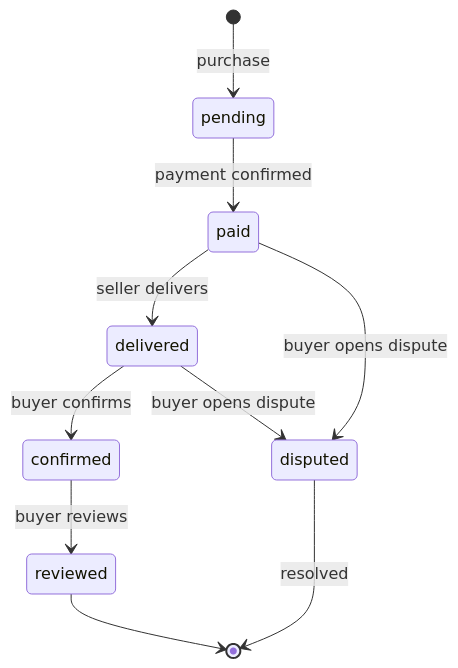
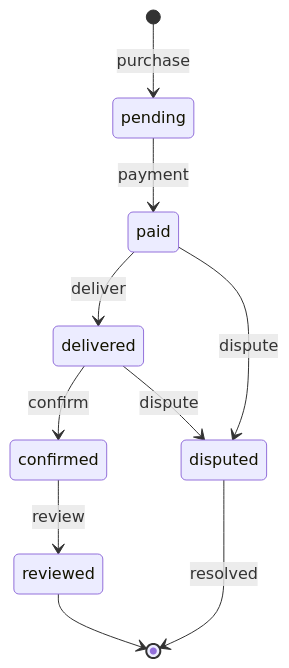
One commit to claw-network/clawnet changed the second of 7 diagrams in packages/docs/content/docs/getting-started/core-concepts/markets.md. Above: the diagram before and after it, drawn with Mermaid. The commit also changed other lines of this file and 14 other files, not shown here.

First line of the commit message:
Refactor diagrams and improve clarity in DAO, Identity, Markets, Reputation, Service Contracts, and Wallet documentation

````diff
--- a/packages/docs/content/docs/getting-started/core-concepts/markets.md
+++ b/packages/docs/content/docs/getting-started/core-concepts/markets.md
@@ -65,12 +62,12 @@
 ```mermaid
 stateDiagram-v2
-    [*] --> pending: purchase
-    pending --> paid: payment confirmed
-    paid --> delivered: seller delivers
-    delivered --> confirmed: buyer confirms
-    confirmed --> reviewed: buyer reviews
+    [*] --> pending : purchase
+    pending --> paid : payment
+    paid --> delivered : deliver
+    delivered --> confirmed : confirm
+    confirmed --> reviewed : review
     reviewed --> [*]
-    paid --> disputed: buyer opens dispute
-    delivered --> disputed: buyer opens dispute
-    disputed --> [*]: resolved
+    paid --> disputed : dispute
+    delivered --> disputed : dispute
+    disputed --> [*] : resolved
 ```
````
